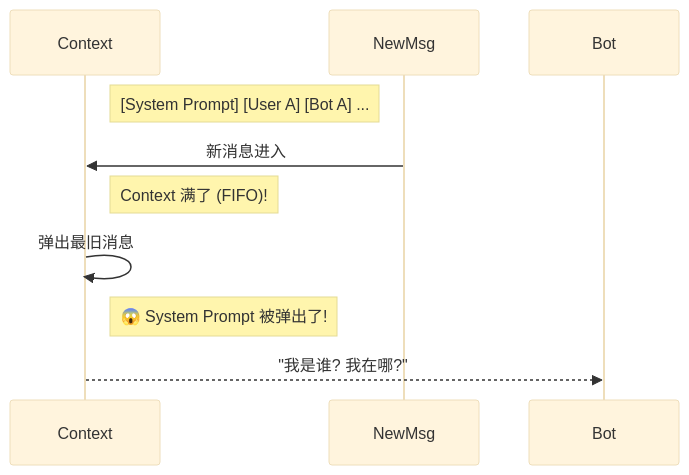
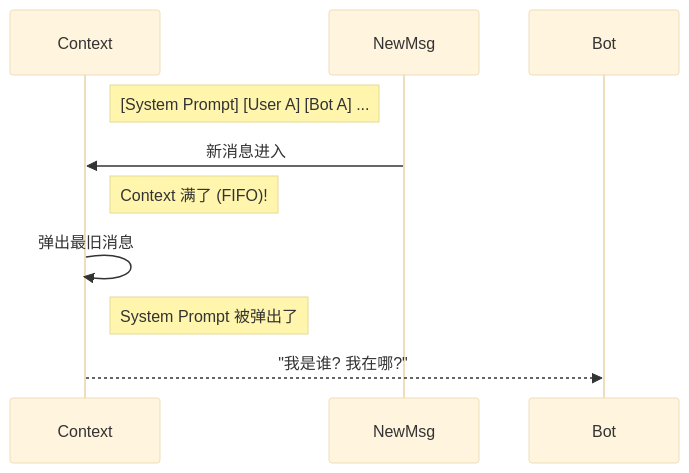
One commit to yeasy/agentic_ai_guide changed the second of 2 diagrams in 09_agentops/9.5_failures.md. Above: the diagram before and after it, drawn with Mermaid (base theme). The commit also changed other lines of this file and 88 other files, not shown here.

````diff
--- a/09_agentops/9.5_failures.md
+++ b/09_agentops/9.5_failures.md
@@ -58,12 +58,12 @@
 ```mermaid
 sequenceDiagram
     participant Context
     participant NewMsg
     
     Note right of Context: [System Prompt] [User A] [Bot A] ...
     NewMsg->>Context: 新消息进入
     Note right of Context: Context 满了 (FIFO)!
     Context->>Context: 弹出最旧消息
-    Note right of Context: 😱 System Prompt 被弹出了!
+    Note right of Context: System Prompt 被弹出了
     Context-->>Bot: "我是谁? 我在哪?"
 ```
````
